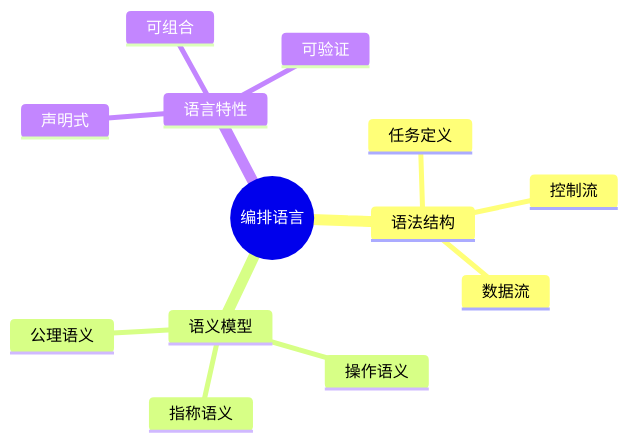
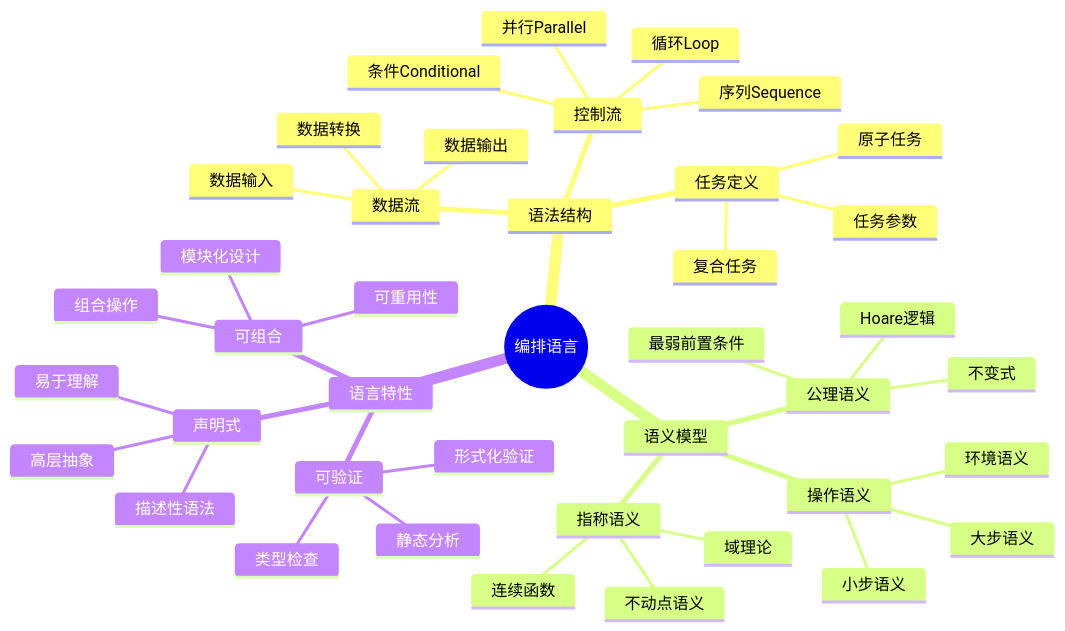
The diagram in PostgreSQL/10-理论基础/13-数据编排/13.03-数据库数据编排模型-编排语言与语义的形式化.md (AdaMartin18010/PostgreSQL_modern), drawn with Mermaid before and after one commit. The commit also changed other lines of this file and 80 other files, not shown here.

````diff
--- a/PostgreSQL/10-理论基础/13-数据编排/13.03-数据库数据编排模型-编排语言与语义的形式化.md
+++ b/PostgreSQL/10-理论基础/13-数据编排/13.03-数据库数据编排模型-编排语言与语义的形式化.md
@@ -43,16 +69,44 @@
 ```mermaid
 mindmap
   root((编排语言))
     语法结构
       任务定义
+        原子任务
+        复合任务
+        任务参数
       控制流
+        序列Sequence
+        并行Parallel
+        条件Conditional
+        循环Loop
       数据流
+        数据输入
+        数据输出
+        数据转换
     语义模型
       操作语义
+        小步语义
+        大步语义
+        环境语义
       指称语义
+        域理论
+        不动点语义
+        连续函数
       公理语义
+        Hoare逻辑
+        最弱前置条件
+        不变式
     语言特性
       声明式
+        描述性语法
+        高层抽象
+        易于理解
       可组合
+        模块化设计
+        组合操作
+        可重用性
       可验证
+        类型检查
+        静态分析
+        形式化验证
 ```
````
